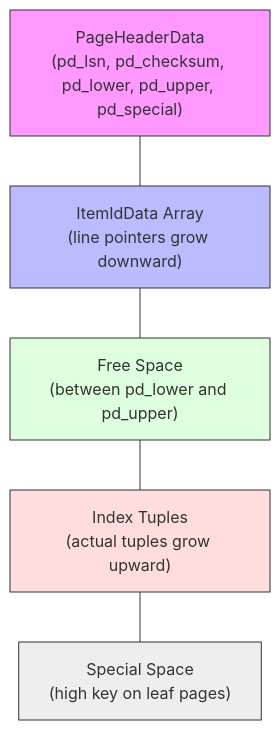
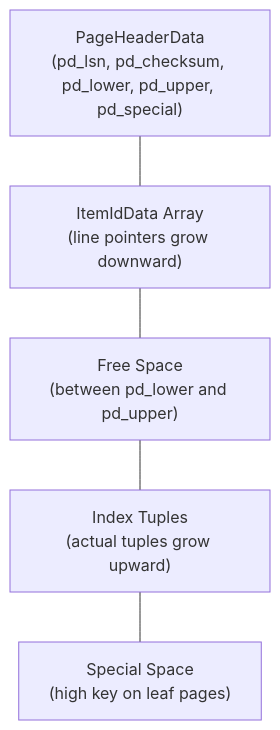
One commit to KnightKnight27/scaler-Adv-DBMS changed the second of 3 diagrams in System_Design_Docs/postgresql-internals/README.md. Above: the diagram before and after it, drawn with Mermaid. The commit also changed other lines of this file and 3 other files, not shown here.

Commit message:
chore: change styling for diagrams

````diff
--- a/System_Design_Docs/postgresql-internals/README.md
+++ b/System_Design_Docs/postgresql-internals/README.md
@@ -74,16 +70,10 @@
 ```mermaid
 graph TD
     PHD["PageHeaderData<br>(pd_lsn, pd_checksum, pd_lower, pd_upper, pd_special)"]
     IID["ItemIdData Array<br>(line pointers grow downward)"]
     FS["Free Space<br>(between pd_lower and pd_upper)"]
     IT["Index Tuples<br>(actual tuples grow upward)"]
     SS["Special Space<br>(high key on leaf pages)"]
 
     PHD --- IID --- FS --- IT --- SS
-
-    style PHD fill:#f9f,stroke:#333,stroke-width:1px
-    style IID fill:#bbf,stroke:#333,stroke-width:1px
-    style FS fill:#dfd,stroke:#333,stroke-width:1px
-    style IT fill:#fdd,stroke:#333,stroke-width:1px
-    style SS fill:#eee,stroke:#333,stroke-width:1px
 ```
````
